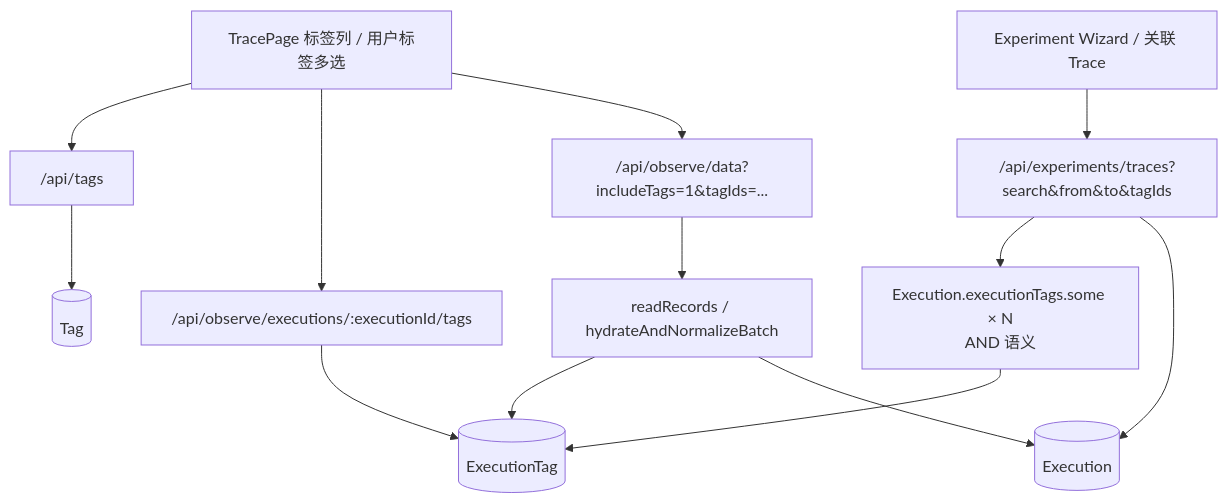
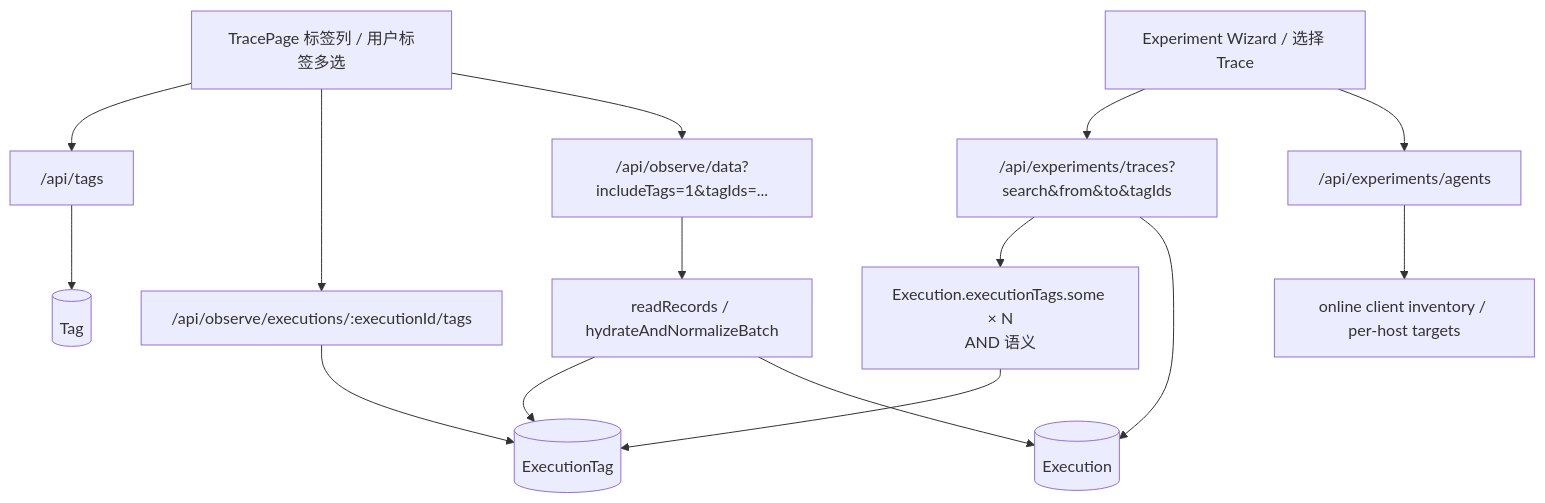
The third of 7 diagrams in docs/developer-guide/05-data-and-control-flow.md (openeuler-mirror/agent-insight), drawn with Mermaid before and after one commit. The commit also changed other lines of this file and 41 other files, not shown here.

````diff
--- a/docs/developer-guide/05-data-and-control-flow.md
+++ b/docs/developer-guide/05-data-and-control-flow.md
@@ -88,15 +90,17 @@
 ```mermaid
 flowchart TD
     ui["TracePage 标签列 / 用户标签多选"] --> tagsApi["/api/tags"]
     ui --> bindApi["/api/observe/executions/:executionId/tags"]
     ui --> dataApi["/api/observe/data?includeTags=1&tagIds=..."]
-    experimentUi["Experiment Wizard / 关联 Trace"] --> experimentApi["/api/experiments/traces?search&from&to&tagIds"]
+    experimentUi["Experiment Wizard / 选择 Trace"] --> experimentApi["/api/experiments/traces?search&from&to&tagIds"]
+    experimentUi --> agentApi["/api/experiments/agents"]
+    agentApi --> workerInventory["online client inventory / per-host targets"]
     tagsApi --> tagTable[(Tag)]
     bindApi --> linkTable[(ExecutionTag)]
     dataApi --> readRecords["readRecords / hydrateAndNormalizeBatch"]
     experimentApi --> allTags["Execution.executionTags.some × N\nAND 语义"]
     allTags --> linkTable
     experimentApi --> execution
     readRecords --> linkTable
     readRecords --> execution[(Execution)]
 ```
````
